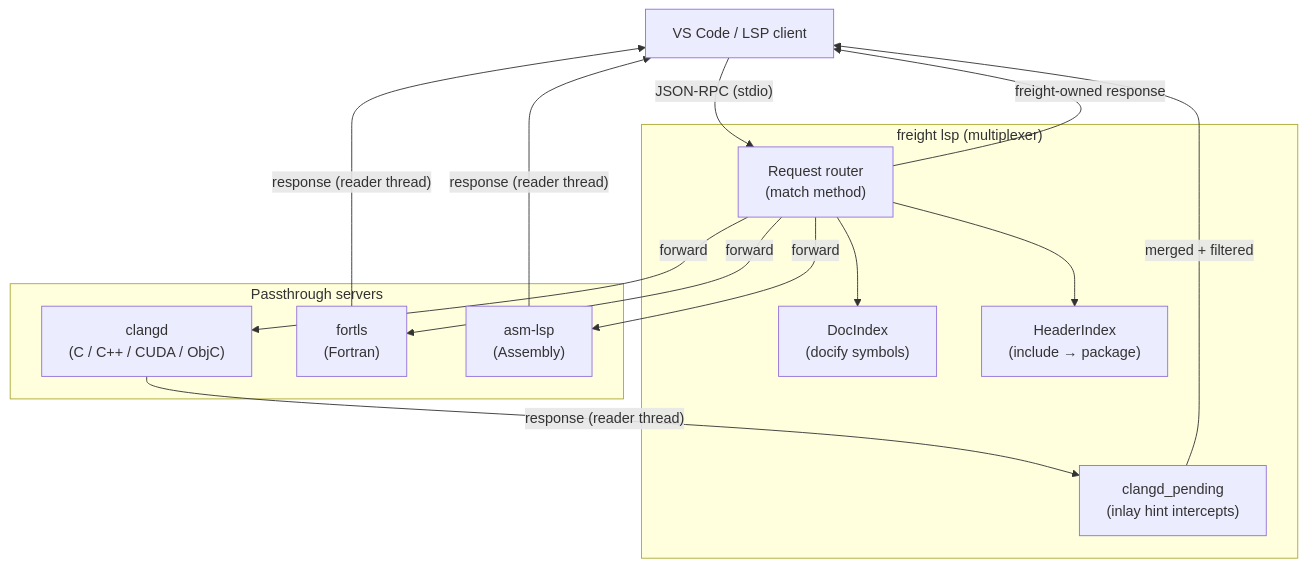
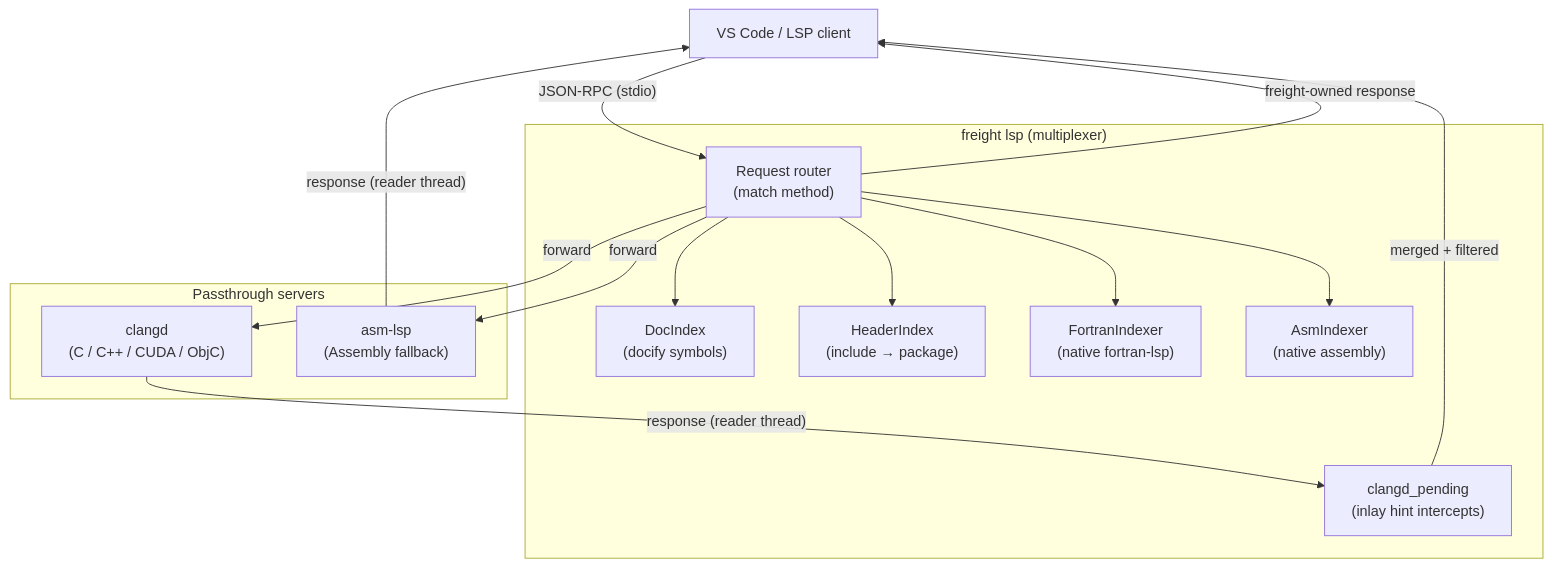
Before and after one commit to freight-app/Freight: the first of 7 diagrams in docs/lsp-architecture.md, drawn with Mermaid. The commit also changed other lines of this file and 6 other files, not shown here.

Commit message:
document native fortran lsp default

````diff
--- a/docs/lsp-architecture.md
+++ b/docs/lsp-architecture.md
@@ -12,29 +13,30 @@
 ```mermaid
 graph TD
     VSCode["VS Code / LSP client"]
 
     subgraph FreightLSP["freight lsp (multiplexer)"]
         Router["Request router\n(match method)"]
         DocIndex["DocIndex\n(docify symbols)"]
         HeaderIndex["HeaderIndex\n(include → package)"]
+        Fortran["FortranIndexer\n(native fortran-lsp)"]
+        AsmNative["AsmIndexer\n(native assembly)"]
         PendingMap["clangd_pending\n(inlay hint intercepts)"]
     end
 
     subgraph Passthroughs["Passthrough servers"]
         Clangd["clangd\n(C / C++ / CUDA / ObjC)"]
-        Fortls["fortls\n(Fortran)"]
-        AsmLsp["asm-lsp\n(Assembly)"]
+        AsmLsp["asm-lsp\n(Assembly fallback)"]
     end
 
     VSCode -->|"JSON-RPC (stdio)"| Router
     Router -->|"freight-owned response"| VSCode
     Router -->|"forward"| Clangd
-    Router -->|"forward"| Fortls
     Router -->|"forward"| AsmLsp
     Clangd -->|"response (reader thread)"| PendingMap
     PendingMap -->|"merged + filtered"| VSCode
-    Fortls  -->|"response (reader thread)"| VSCode
     AsmLsp  -->|"response (reader thread)"| VSCode
     Router  --> DocIndex
     Router  --> HeaderIndex
+    Router  --> Fortran
+    Router  --> AsmNative
 ```
````
